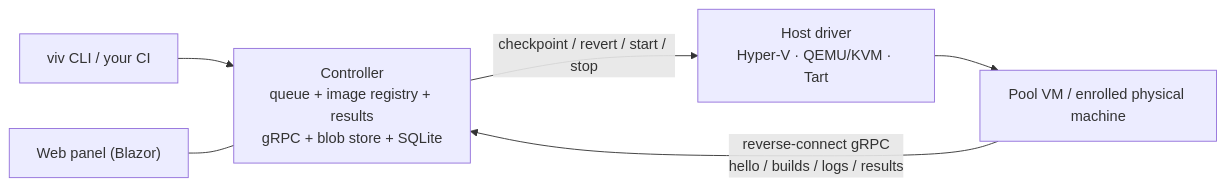
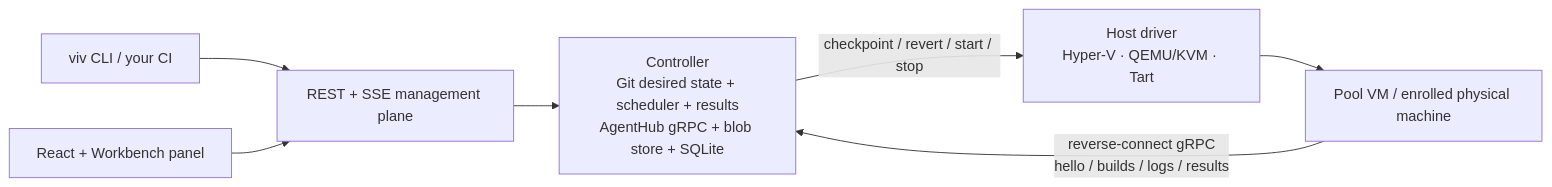
One commit to iXab3r/Vivarium changed the diagram in README.md. Above: the diagram before and after it, drawn with Mermaid. The commit also changed other lines of this file and 163 other files, not shown here.

First line of the commit message:
feat: establish the Phase 1 physical-agent control plane

````diff
--- a/README.md
+++ b/README.md
@@ -26,9 +38,10 @@
 ```mermaid
 flowchart LR
-    CLI["viv CLI / your CI"] --> C
-    UI["Web panel (Blazor)"] --- C
-    C["Controller<br/>queue + image registry + results<br/>gRPC + blob store + SQLite"]
+    CLI["viv CLI / your CI"] --> REST
+    UI["React + Workbench panel"] --> REST
+    REST["REST + SSE management plane"] --> C
+    C["Controller<br/>Git desired state + scheduler + results<br/>AgentHub gRPC + blob store + SQLite"]
     C -- "checkpoint / revert / start / stop" --> D["Host driver<br/>Hyper-V · QEMU/KVM · Tart"]
     D --> VM["Pool VM / enrolled physical machine"]
     VM -- "reverse-connect gRPC<br/>hello / builds / logs / results" --> C
 ```
````
